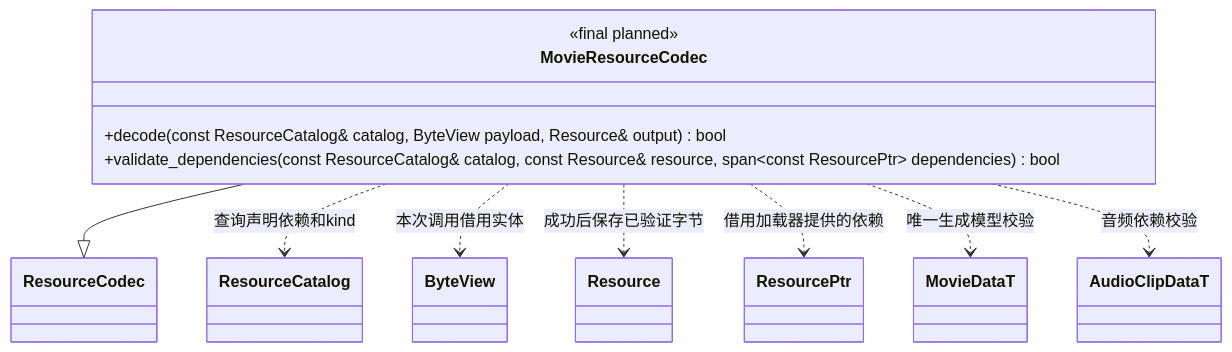
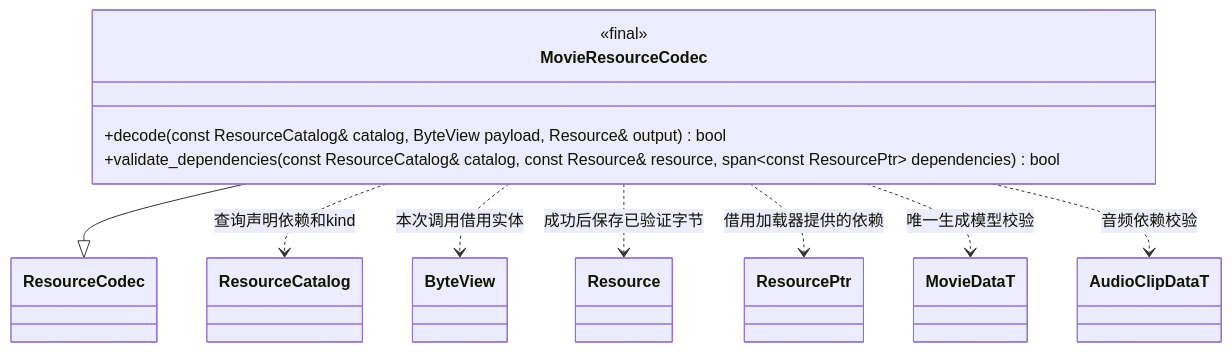
The second of 2 diagrams in docs/runtime/class-diagrams/movie-data.md (lcals/Engine), drawn with Mermaid before and after one commit. The commit also changed other lines of this file and 44 other files, not shown here.

````diff
--- a/docs/runtime/class-diagrams/movie-data.md
+++ b/docs/runtime/class-diagrams/movie-data.md
@@ -102,22 +102,22 @@
 ```mermaid
 classDiagram
     class MovieResourceCodec {
-        <<final planned>>
+        <<final>>
         +decode(const ResourceCatalog& catalog, ByteView payload, Resource& output) bool
         +validate_dependencies(const ResourceCatalog& catalog, const Resource& resource, span~const ResourcePtr~ dependencies) bool
     }
     class ResourceCodec
     class ResourceCatalog
     class Resource
     class ByteView
     class ResourcePtr
     class MovieDataT
     class AudioClipDataT
     MovieResourceCodec --|> ResourceCodec
     MovieResourceCodec ..> ResourceCatalog : 查询声明依赖和kind
     MovieResourceCodec ..> ByteView : 本次调用借用实体
     MovieResourceCodec ..> Resource : 成功后保存已验证字节
     MovieResourceCodec ..> ResourcePtr : 借用加载器提供的依赖
     MovieResourceCodec ..> MovieDataT : 唯一生成模型校验
     MovieResourceCodec ..> AudioClipDataT : 音频依赖校验
 ```
````
